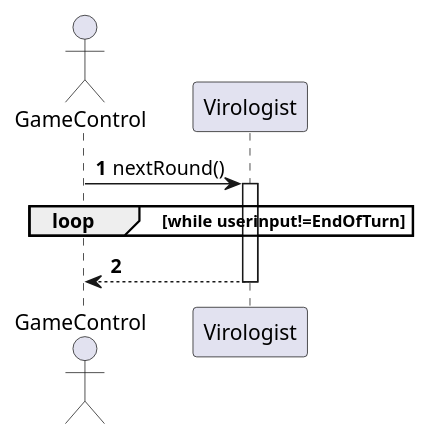
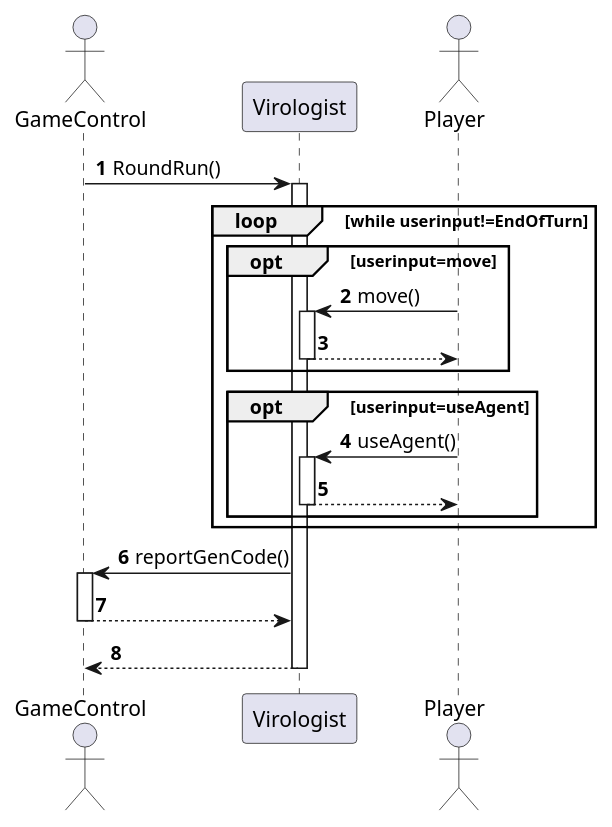
The diagram in sequence-diagram/RoundFlow.puml (Projlab-csb/projlab-virologus), drawn with PlantUML before and after one commit. The commit also changed 3 other files, not shown here.

Commit message:
edit sequences

```diff
--- a/sequence-diagram/RoundFlow.puml
+++ b/sequence-diagram/RoundFlow.puml
@@ -1,19 +1,31 @@
 @startuml
 'https://plantuml.com/sequence-diagram
 
 autonumber
 
 actor GameControl
-
-
-        GameControl -> Virologist: nextRound()
+GameControl -> Virologist: RoundRun()
+Activate Virologist
+loop while userinput!=EndOfTurn
+    actor Player
+    opt userinput=move
+        Player->Virologist:move()
         Activate Virologist
-        loop while userinput!=EndOfTurn
-
-        end
-
-        Virologist-->GameControl
+        Virologist-->Player
         Deactivate Virologist
-
+    end
+    opt userinput=useAgent
+        Player->Virologist:useAgent()
+        Activate Virologist
+        Virologist-->Player
+        Deactivate Virologist
+    end
+end
+Virologist->GameControl:reportGenCode()
+Activate GameControl
+GameControl-->Virologist
+deactivate GameControl
+Virologist-->GameControl
+Deactivate Virologist
 
 @enduml
```
